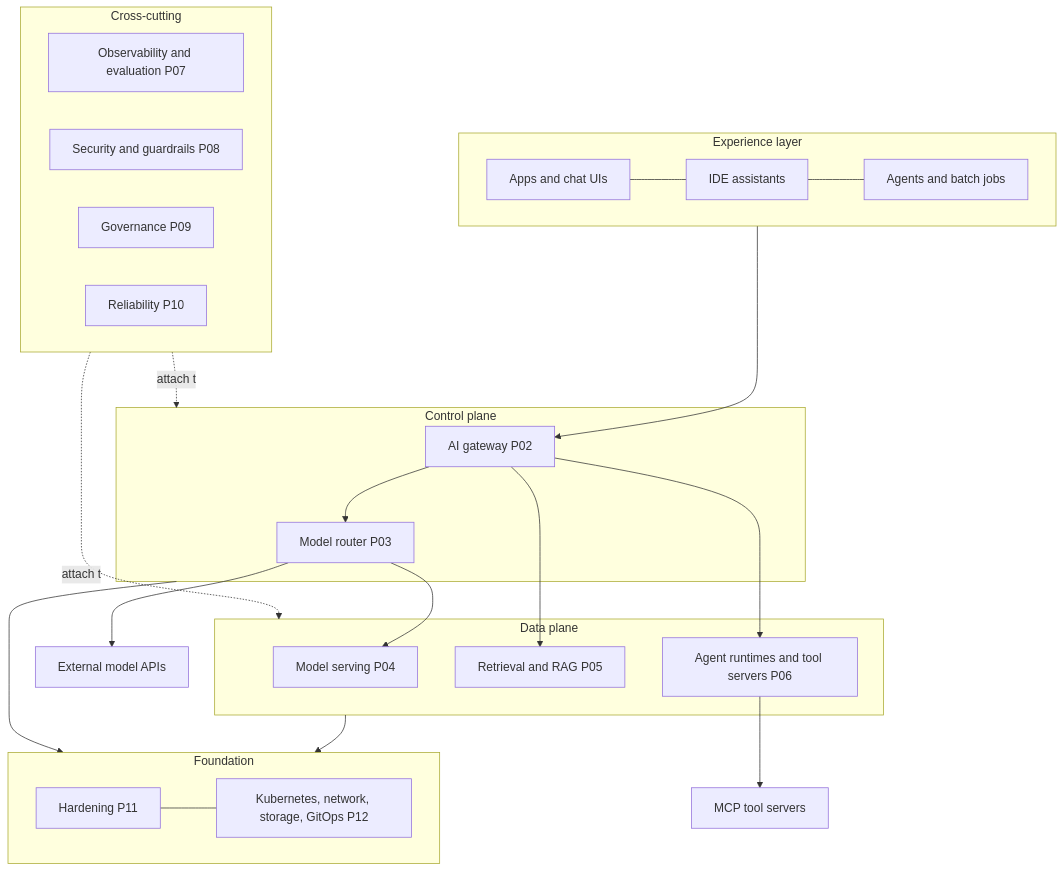
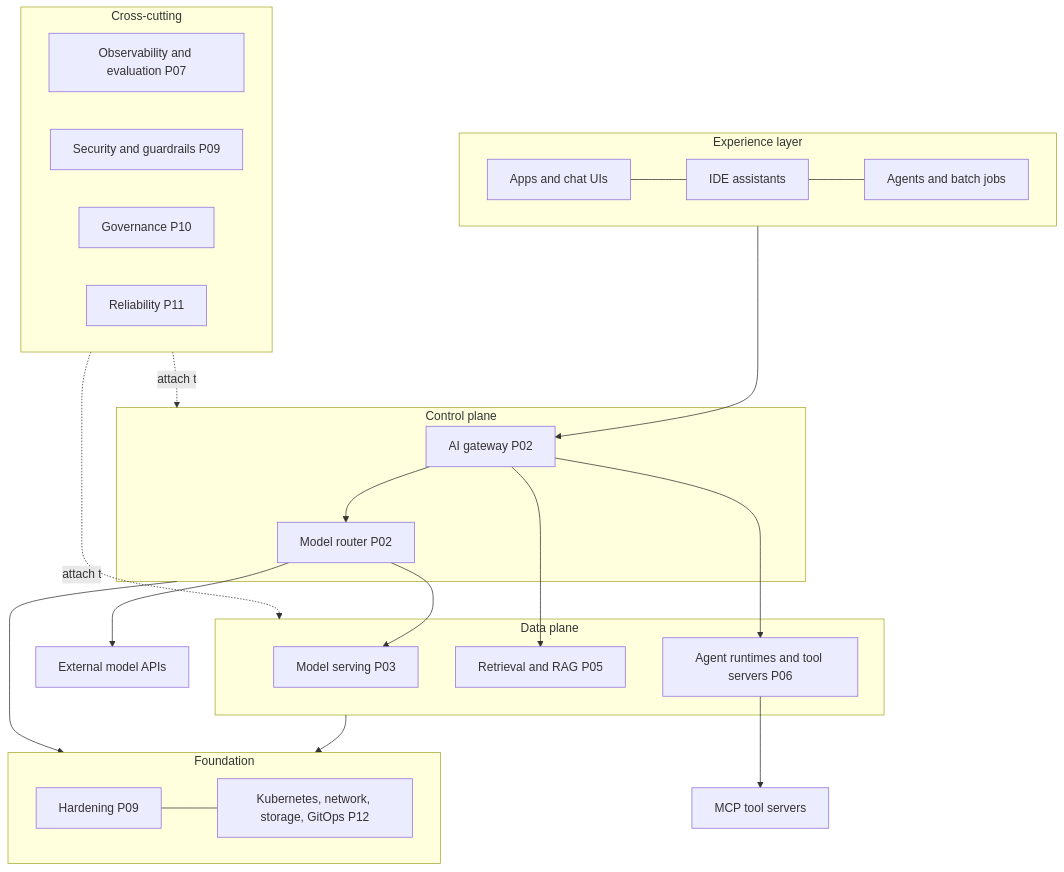
Before and after one commit to frkim/oss-ai-platform: the diagram in docs/01-reference-architecture.md, drawn with Mermaid. The commit also changed other lines of this file and 18 other files, not shown here.

````diff
--- a/docs/01-reference-architecture.md
+++ b/docs/01-reference-architecture.md
@@ -19,33 +19,33 @@
 ```mermaid
 flowchart TB
   subgraph X[Experience layer]
     A[Apps and chat UIs] --- B[IDE assistants] --- C[Agents and batch jobs]
   end
   subgraph CP[Control plane]
-    GW[AI gateway P02] --> RT[Model router P03]
+    GW[AI gateway P02] --> RT[Model router P02]
   end
   subgraph DP[Data plane]
-    SV[Model serving P04]
+    SV[Model serving P03]
     RG[Retrieval and RAG P05]
     AG[Agent runtimes and tool servers P06]
   end
   subgraph CC[Cross-cutting]
     OB[Observability and evaluation P07]
-    SE[Security and guardrails P08]
-    GV[Governance P09]
-    RL[Reliability P10]
+    SE[Security and guardrails P09]
+    GV[Governance P10]
+    RL[Reliability P11]
   end
   subgraph FD[Foundation]
-    HD[Hardening P11] --- K8[Kubernetes, network, storage, GitOps P12]
+    HD[Hardening P09] --- K8[Kubernetes, network, storage, GitOps P12]
   end
   X --> GW
   RT --> SV
   RT --> EXT[External model APIs]
   GW --> RG
   GW --> AG
   AG --> TOOLS[MCP tool servers]
   CC -.attach to.-> CP
   CC -.attach to.-> DP
   DP --> FD
   CP --> FD
 ```
````
